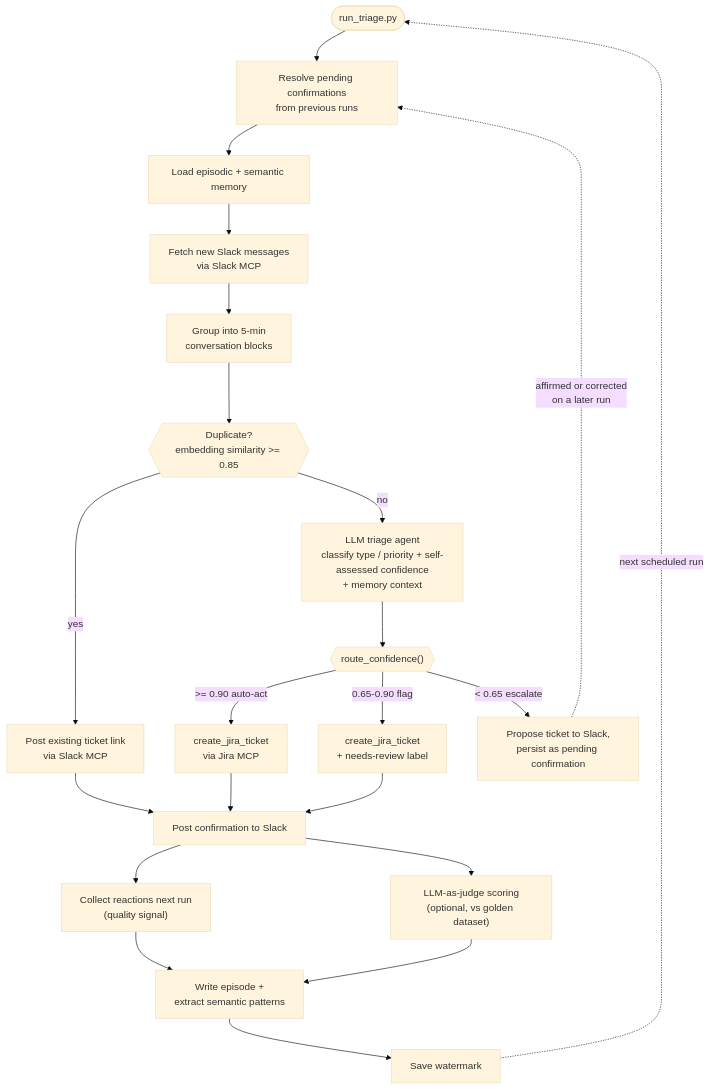
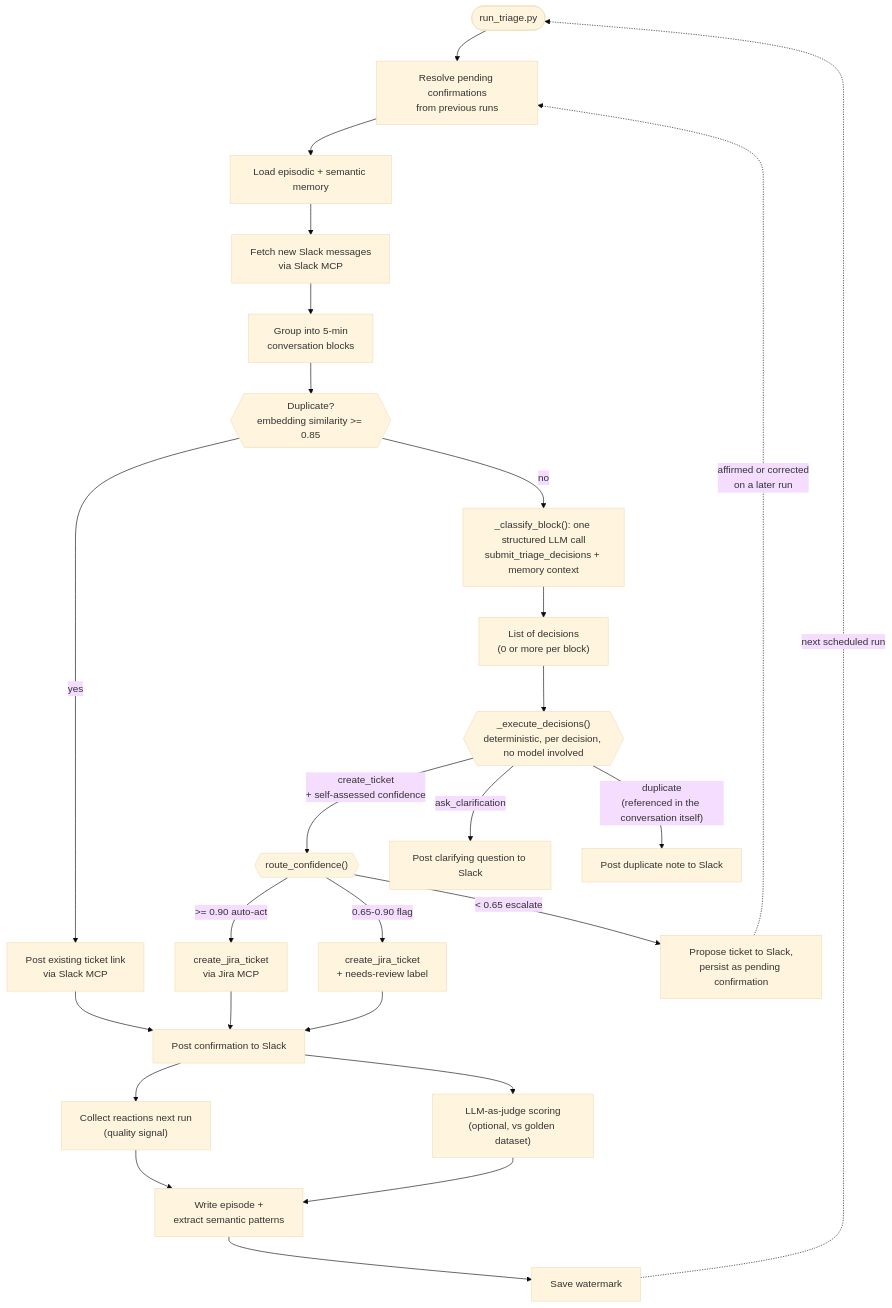
One commit to pavani-aiml-space/jira-slack-triage-agent changed the diagram in docs/ARCHITECTURE.md. Above: the diagram before and after it, drawn with Mermaid (base theme). The commit also changed other lines of this file and 1 other file, not shown here.

First line of the commit message:
Update CLAUDE.md and ARCHITECTURE.md for the structured-dispatch refactor

````diff
--- a/docs/ARCHITECTURE.md
+++ b/docs/ARCHITECTURE.md
@@ -19,24 +17,28 @@
 ```mermaid
 flowchart TD
     Start(["run_triage.py"]) --> Resolve["Resolve pending confirmations\nfrom previous runs"]
     Resolve --> Mem["Load episodic + semantic memory"]
     Mem --> Fetch["Fetch new Slack messages\nvia Slack MCP"]
     Fetch --> Group["Group into 5-min\nconversation blocks"]
     Group --> Dup{{"Duplicate?\nembedding similarity >= 0.85"}}
     Dup -- yes --> PostDup["Post existing ticket link\nvia Slack MCP"]
-    Dup -- no --> Agent["LLM triage agent\nclassify type / priority + self-assessed confidence\n+ memory context"]
-    Agent --> Conf{{"route_confidence()"}}
+    Dup -- no --> Classify["_classify_block(): one structured LLM call\nsubmit_triage_decisions + memory context"]
+    Classify --> Decisions["List of decisions\n(0 or more per block)"]
+    Decisions --> Dispatch{{"_execute_decisions()\ndeterministic, per decision, no model involved"}}
+    Dispatch -- "create_ticket\n+ self-assessed confidence" --> Conf{{"route_confidence()"}}
+    Dispatch -- "ask_clarification" --> AskClar["Post clarifying question to Slack"]
+    Dispatch -- "duplicate\n(referenced in the conversation itself)" --> PostDupConv["Post duplicate note to Slack"]
     Conf -- ">= 0.90 auto-act" --> Create["create_jira_ticket\nvia Jira MCP"]
     Conf -- "0.65-0.90 flag" --> CreateFlag["create_jira_ticket\n+ needs-review label"]
     Conf -- "< 0.65 escalate" --> Propose["Propose ticket to Slack,\npersist as pending confirmation"]
     Create --> Confirm["Post confirmation to Slack"]
     CreateFlag --> Confirm
     PostDup --> Confirm
     Propose -. "affirmed or corrected\non a later run" .-> Resolve
     Confirm --> React["Collect reactions next run\n(quality signal)"]
     Confirm --> Judge["LLM-as-judge scoring\n(optional, vs golden dataset)"]
     React --> Persist["Write episode +\nextract semantic patterns"]
     Judge --> Persist
     Persist --> Watermark["Save watermark"]
     Watermark -. next scheduled run .-> Start
 ```
````
